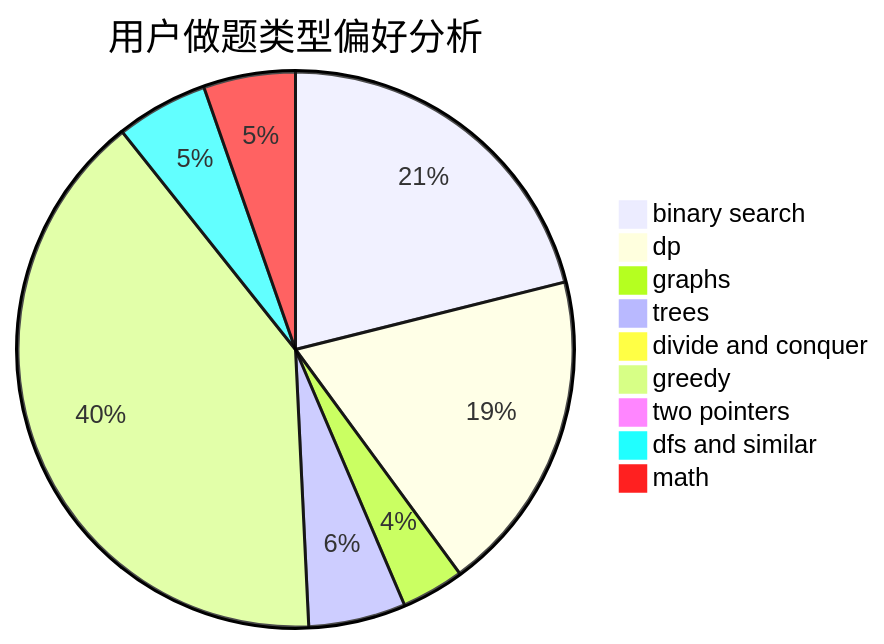
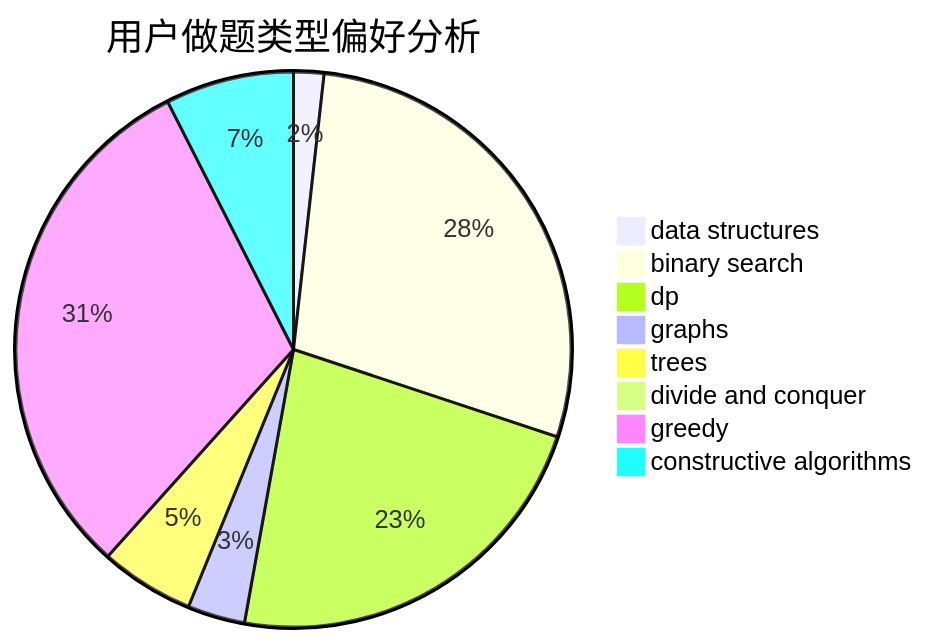
One commit to sherpahu/cfrs.github.io changed the second of 3 diagrams in docs/user/u2687.md. Above: the diagram before and after it, drawn with Mermaid. The commit also changed other lines of this file and 2775 other files, not shown here.

````diff
--- a/docs/user/u2687.md
+++ b/docs/user/u2687.md
@@ -23,12 +23,11 @@
 ```mermaid
 pie title 用户做题类型偏好分析
-    "binary search" :  485
-    "dp" :  433
-    "graphs" :  84
-    "trees" :  130
-    "divide and conquer" :  16
-    "greedy" :  921
-    "two pointers" :  0
-    "dfs and similar" :  123
-    "math" :  123
+    "data structures" :  29
+    "binary search" :  466
+    "dp" :  374
+    "graphs" :  55
+    "trees" :  90
+    "divide and conquer" :  0
+    "greedy" :  508
+    "constructive algorithms" :  123
 ```
````
